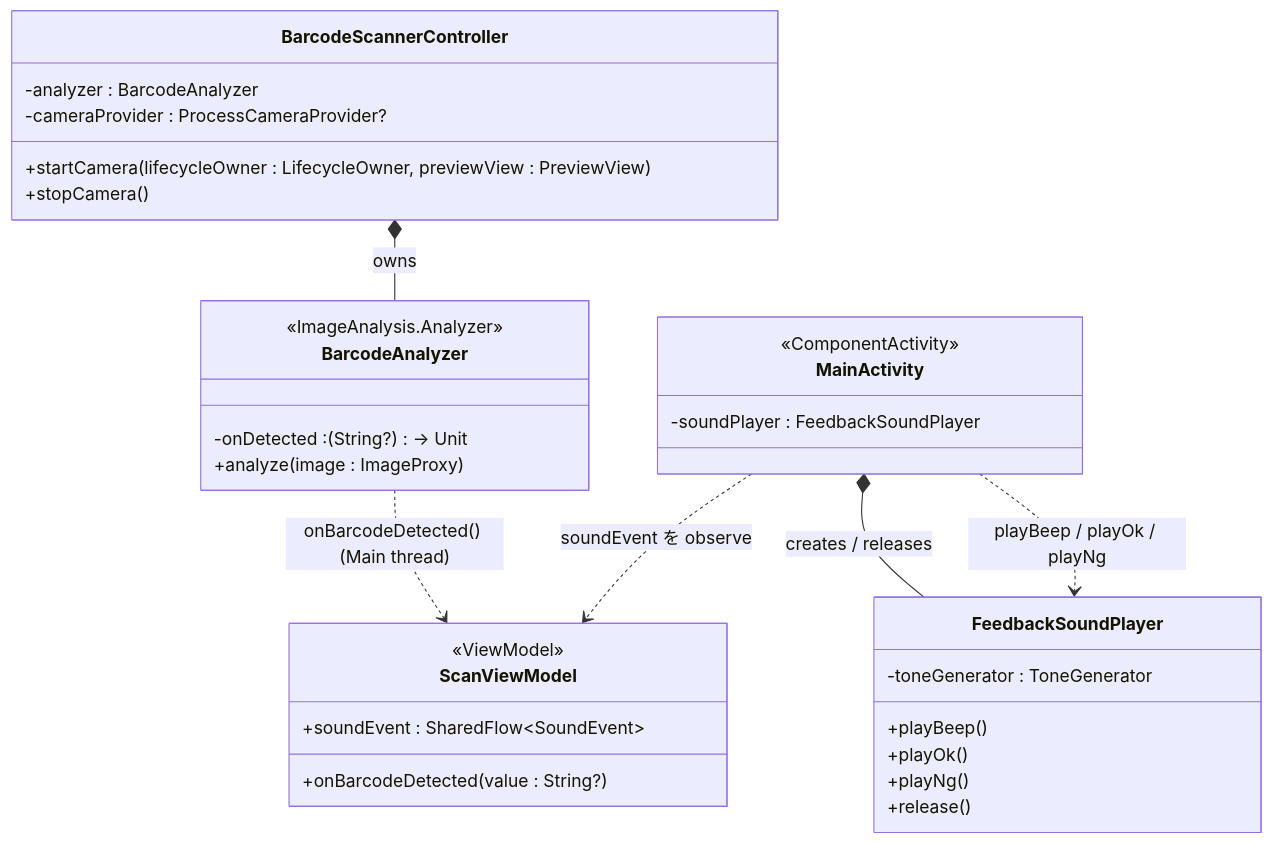
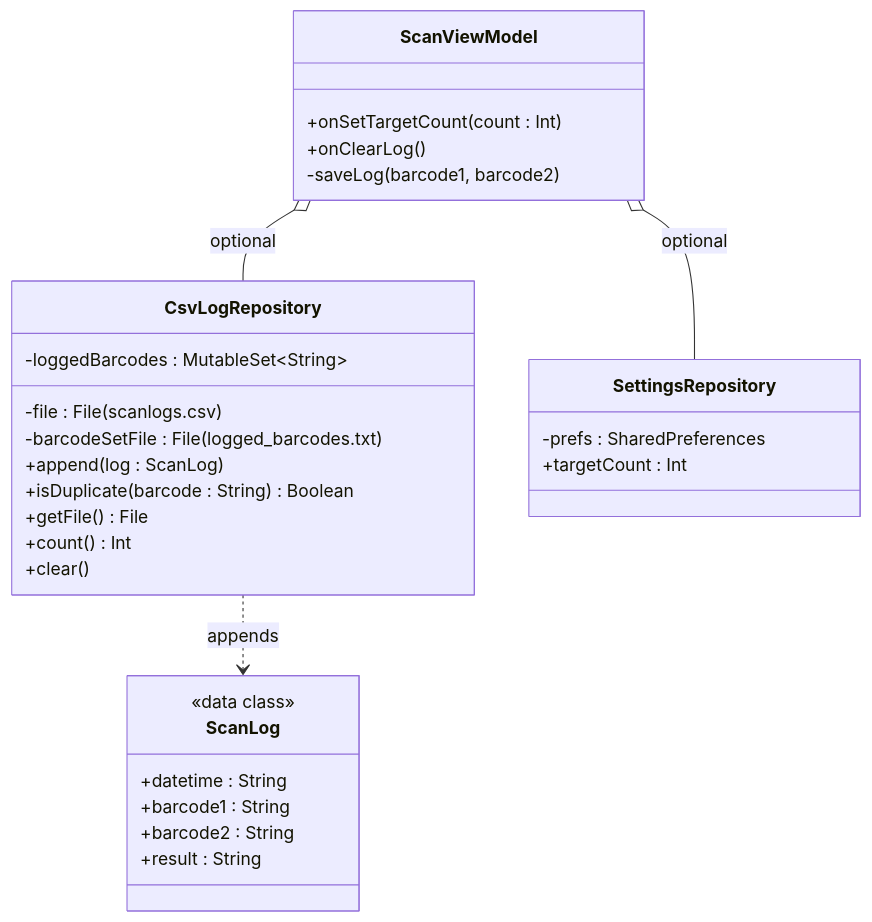
One commit to garyohosu/ocrreader changed the third of 3 diagrams in CLASS.md. Above: the diagram before and after it, drawn with Mermaid. The commit also changed other lines of this file and 6 other files, not shown here.

````diff
--- a/CLASS.md
+++ b/CLASS.md
@@ -225,40 +280,36 @@
 ```mermaid
 classDiagram
-    class BarcodeAnalyzer {
-        <<ImageAnalysis.Analyzer>>
-        -onDetected : (String?) -> Unit
-        +analyze(image : ImageProxy)
+    class CsvLogRepository {
+        -file : File (scanlogs.csv)
+        -barcodeSetFile : File (logged_barcodes.txt)
+        -loggedBarcodes : MutableSet~String~
+        +append(log : ScanLog)
+        +isDuplicate(barcode : String) Boolean
+        +getFile() File
+        +count() Int
+        +clear()
     }
 
-    class BarcodeScannerController {
-        -analyzer : BarcodeAnalyzer
-        -cameraProvider : ProcessCameraProvider?
-        +startCamera(lifecycleOwner : LifecycleOwner, previewView : PreviewView)
-        +stopCamera()
+    class SettingsRepository {
+        -prefs : SharedPreferences
+        +targetCount : Int
     }
 
-    class FeedbackSoundPlayer {
-        -toneGenerator : ToneGenerator
-        +playBeep()
-        +playOk()
-        +playNg()
-        +release()
+    class ScanLog {
+        <<data class>>
+        +datetime : String
+        +barcode1 : String
+        +barcode2 : String
+        +result : String
     }
 
     class ScanViewModel {
-        <<ViewModel>>
-        +soundEvent : SharedFlow~SoundEvent~
-        +onBarcodeDetected(value : String?)
+        +onSetTargetCount(count : Int)
+        +onClearLog()
+        -saveLog(barcode1, barcode2)
     }
 
-    class MainActivity {
-        <<ComponentActivity>>
-        -soundPlayer : FeedbackSoundPlayer
-    }
-
-    BarcodeScannerController *-- BarcodeAnalyzer : owns
-    BarcodeAnalyzer ..> ScanViewModel : onBarcodeDetected() (Main thread)
-    MainActivity *-- FeedbackSoundPlayer : creates / releases
-    MainActivity ..> ScanViewModel : soundEvent を observe
-    MainActivity ..> FeedbackSoundPlayer : playBeep / playOk / playNg
+    ScanViewModel o-- CsvLogRepository : optional
+    ScanViewModel o-- SettingsRepository : optional
+    CsvLogRepository ..> ScanLog : appends
 ```
````
